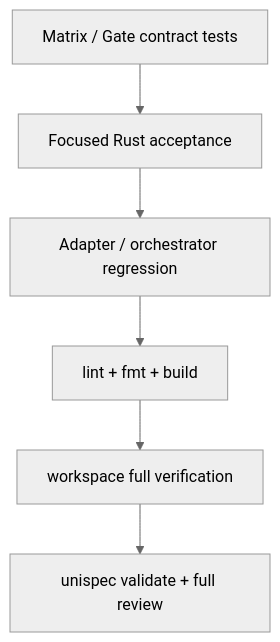
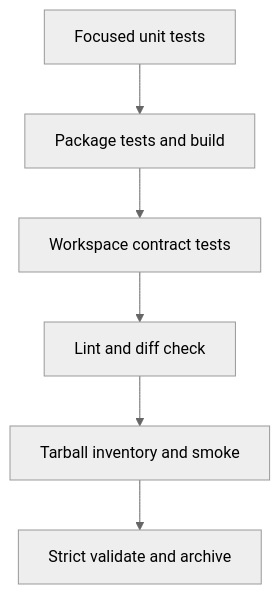
The diagram in .wiki/02-开发指南/01-测试与验收.md (baiyucraft/SpecWiki), drawn with Mermaid (neutral theme) before and after one commit. The commit also changed other lines of this file and 102 other files, not shown here.

````diff
--- a/.wiki/02-开发指南/01-测试与验收.md
+++ b/.wiki/02-开发指南/01-测试与验收.md
@@ -50,8 +37,8 @@
 ```mermaid
 flowchart TD
-  Contract["Matrix / Gate contract tests"] --> Rust["Focused Rust acceptance"]
-  Rust --> Scripts["Adapter / orchestrator regression"]
-  Scripts --> Quality["lint + fmt + build"]
-  Quality --> Full["workspace full verification"]
-  Full --> UniSpec["unispec validate + full review"]
+  Unit["Focused unit tests"] --> Package["Package tests and build"]
+  Package --> Contract["Workspace contract tests"]
+  Contract --> Quality["Lint and diff check"]
+  Quality --> Pack["Tarball inventory and smoke"]
+  Pack --> SelfHost["Strict validate and archive"]
 ```
````
